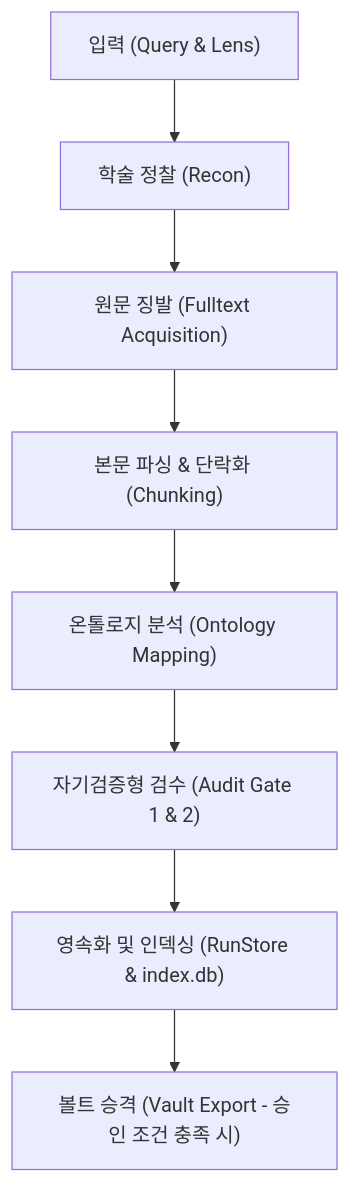
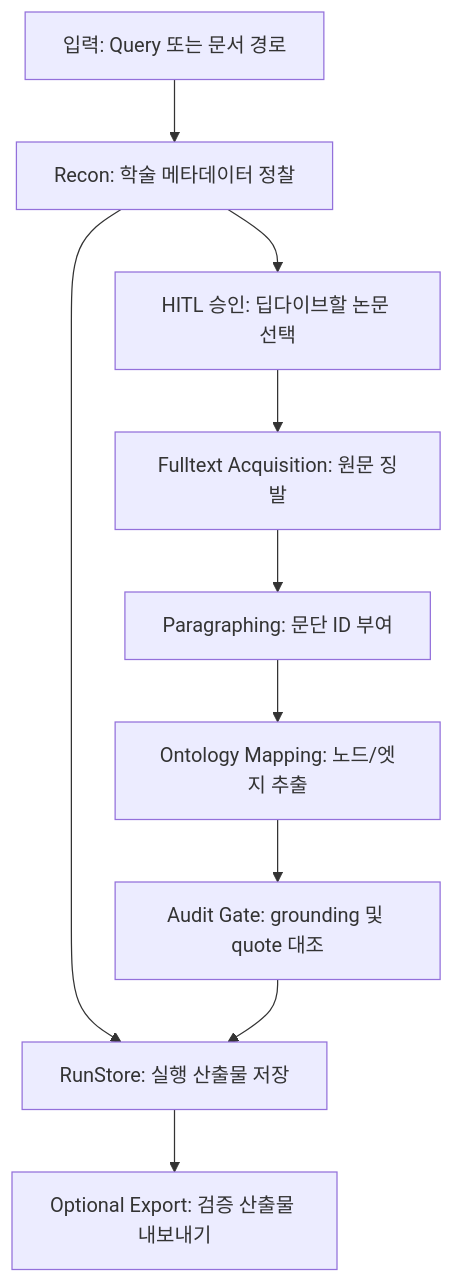
One commit to mitmirsein/omni-academic-framework changed the diagram in USER_GUIDE.md. Above: the diagram before and after it, drawn with Mermaid. The commit also changed other lines of this file and 17 other files, not shown here.

````diff
--- a/USER_GUIDE.md
+++ b/USER_GUIDE.md
@@ -11,10 +43,12 @@
 ```mermaid
 graph TD
-    A["입력 (Query & Lens)"] --> B["학술 정찰 (Recon)"]
-    B --> C["원문 징발 (Fulltext Acquisition)"]
-    C --> D["본문 파싱 & 단락화 (Chunking)"]
-    D --> E["온톨로지 분석 (Ontology Mapping)"]
-    E --> F["자기검증형 검수 (Audit Gate 1 & 2)"]
-    F --> G["영속화 및 인덱싱 (RunStore & index.db)"]
-    G --> H["볼트 승격 (Vault Export - 승인 조건 충족 시)"]
+    A["입력: Query 또는 문서 경로"] --> B["Recon: 학술 메타데이터 정찰"]
+    B --> C["HITL 승인: 딥다이브할 논문 선택"]
+    C --> D["Fulltext Acquisition: 원문 징발"]
+    D --> E["Paragraphing: 문단 ID 부여"]
+    E --> F["Ontology Mapping: 노드/엣지 추출"]
+    F --> G["Audit Gate: grounding 및 quote 대조"]
+    B --> H["RunStore: 실행 산출물 저장"]
+    G --> H
+    H --> I["Optional Export: 검증 산출물 내보내기"]
 ```
````
